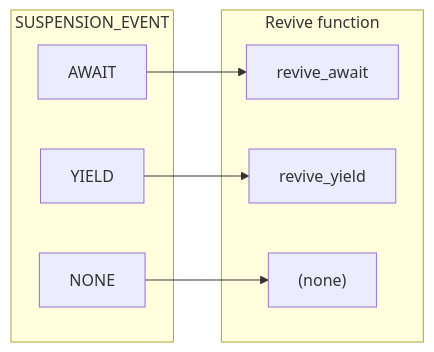
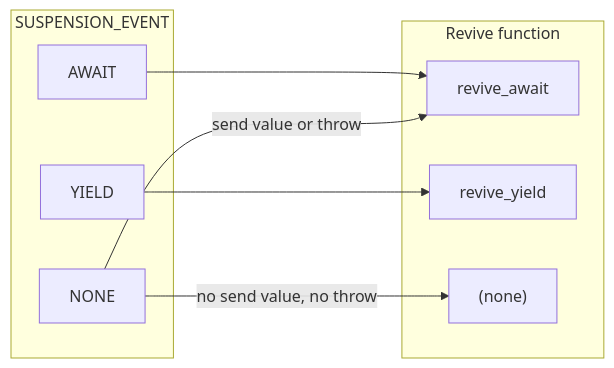
One commit to koskari-lang/koskari changed diagram 12 of 12 in design/EVALUATOR.md. Above: the diagram before and after it, drawn with Mermaid. The commit also changed other lines of this file and 16 other files, not shown here.

````diff
--- a/design/EVALUATOR.md
+++ b/design/EVALUATOR.md
@@ -1378,16 +1453,17 @@
 ```mermaid
 flowchart LR
     subgraph events["SUSPENSION_EVENT"]
         AWAIT
         YIELD
         NONE
     end
     subgraph revives["Revive function"]
         revive_await["revive_await"]
         revive_yield["revive_yield"]
         no_revive["(none)"]
     end
     AWAIT --> revive_await
     YIELD --> revive_yield
-    NONE --> no_revive
+    NONE -->|"no send value, no throw"| no_revive
+    NONE -->|"send value or throw"| revive_await
 ```
````
